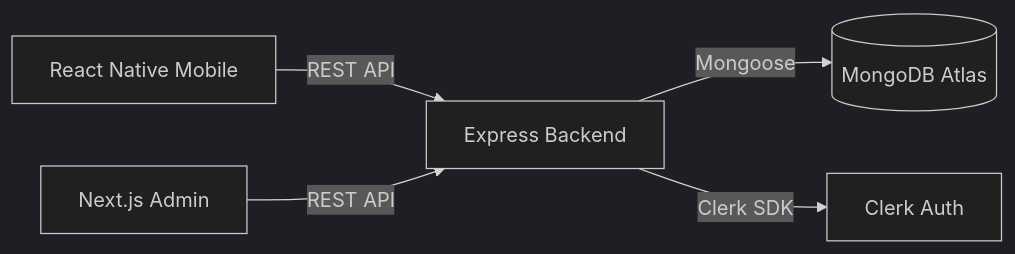
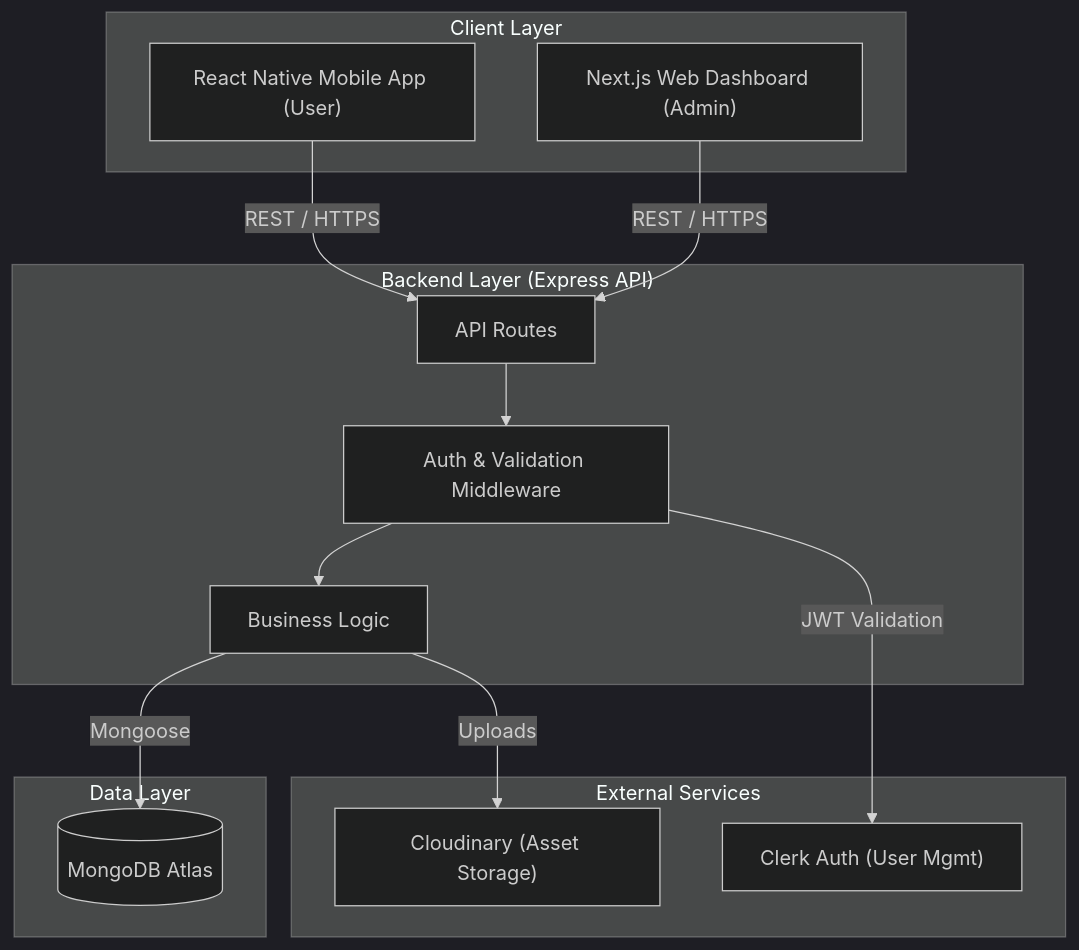
Before and after one commit to asma-mf/cinepal: the diagram in README.md, drawn with Mermaid (dark theme).

Commit message:
Update architecture diagram in README.md

````diff
--- a/README.md
+++ b/README.md
@@ -66,7 +66,33 @@
 ```mermaid
-graph LR
-    A[React Native Mobile] -- REST API --> B[Express Backend]
-    C[Next.js Admin] -- REST API --> B
-    B -- Mongoose --> D[(MongoDB Atlas)]
-    B -- Clerk SDK --> E[Clerk Auth]
+graph TB
+    subgraph Clients ["Client Layer"]
+        Mobile["React Native Mobile App (User)"]
+        Admin["Next.js Web Dashboard (Admin)"]
+    end
+
+    subgraph API ["Backend Layer (Express API)"]
+        Routes["API Routes"]
+        Middleware["Auth & Validation Middleware"]
+        Controllers["Business Logic"]
+    end
+
+    subgraph External ["External Services"]
+        Clerk["Clerk Auth (User Mgmt)"]
+        Cloudinary["Cloudinary (Asset Storage)"]
+    end
+
+    subgraph Data ["Data Layer"]
+        MongoDB[("MongoDB Atlas")]
+    end
+
+    %% Connections
+    Mobile -- "REST / HTTPS" --> Routes
+    Admin -- "REST / HTTPS" --> Routes
+    
+    Routes --> Middleware
+    Middleware --> Controllers
+    
+    Middleware -- "JWT Validation" --> Clerk
+    Controllers -- "Mongoose" --> MongoDB
+    Controllers -- "Uploads" --> Cloudinary
 ```
````
